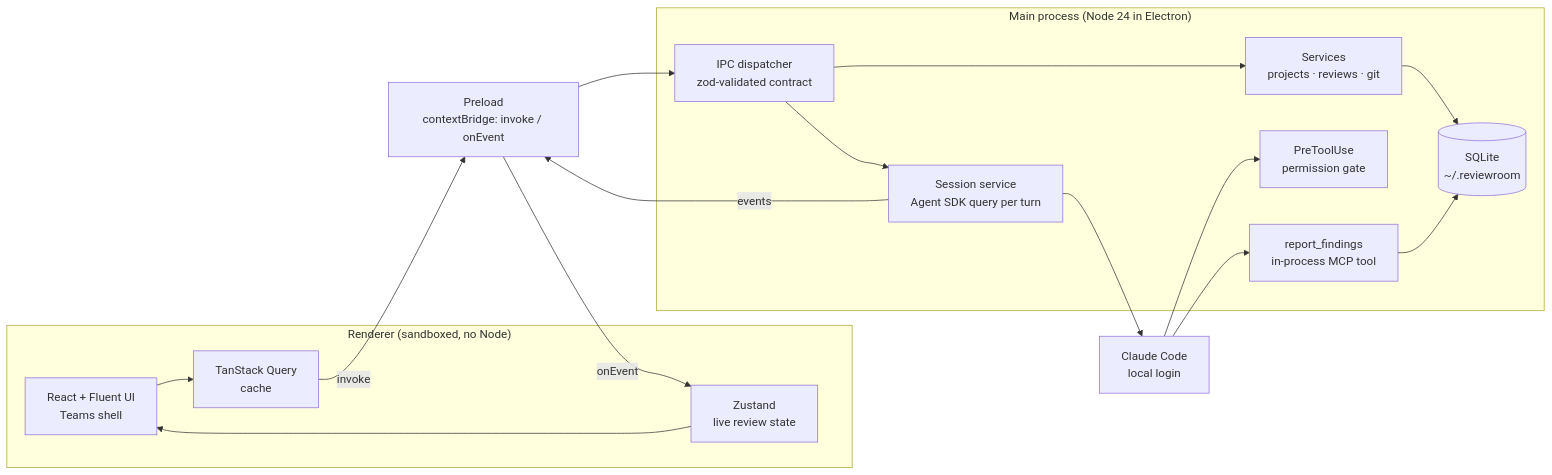
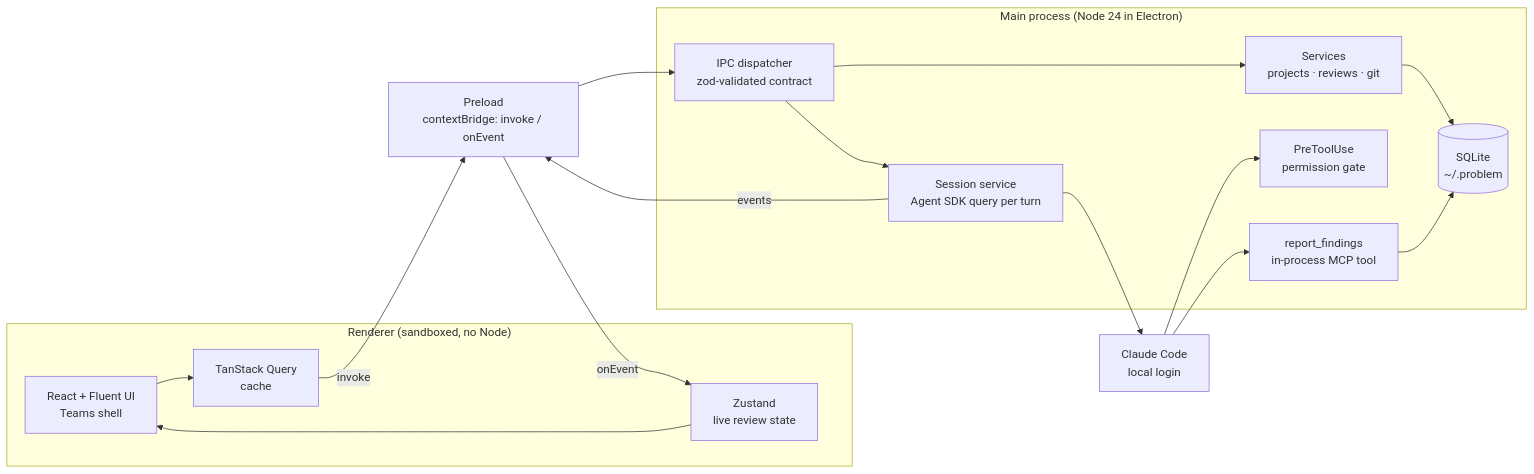
Before and after one commit to iamMikeLe/PRoblem: the diagram in docs/ARCHITECTURE.md, drawn with Mermaid. The commit also changed other lines of this file and 107 other files, not shown here.

````diff
--- a/docs/ARCHITECTURE.md
+++ b/docs/ARCHITECTURE.md
@@ -8,23 +8,23 @@
 ```mermaid
 flowchart LR
   subgraph Renderer["Renderer (sandboxed, no Node)"]
     UI[React + Fluent UI<br/>Teams shell]
     Q[TanStack Query<br/>cache]
     S[Zustand<br/>live review state]
   end
   P[Preload<br/>contextBridge: invoke / onEvent]
   subgraph Main["Main process (Node 24 in Electron)"]
     D[IPC dispatcher<br/>zod-validated contract]
     SVC[Services<br/>projects · reviews · git]
     SES[Session service<br/>Agent SDK query per turn]
     GATE[PreToolUse<br/>permission gate]
     MCP[report_findings<br/>in-process MCP tool]
-    DB[(SQLite<br/>~/.reviewroom)]
+    DB[(SQLite<br/>~/.problem)]
   end
   CC[Claude Code<br/>local login]
   UI --> Q -- invoke --> P --> D --> SVC --> DB
   D --> SES --> CC
   CC --> GATE
   CC --> MCP --> DB
   SES -- events --> P -- onEvent --> S --> UI
 ```
````
